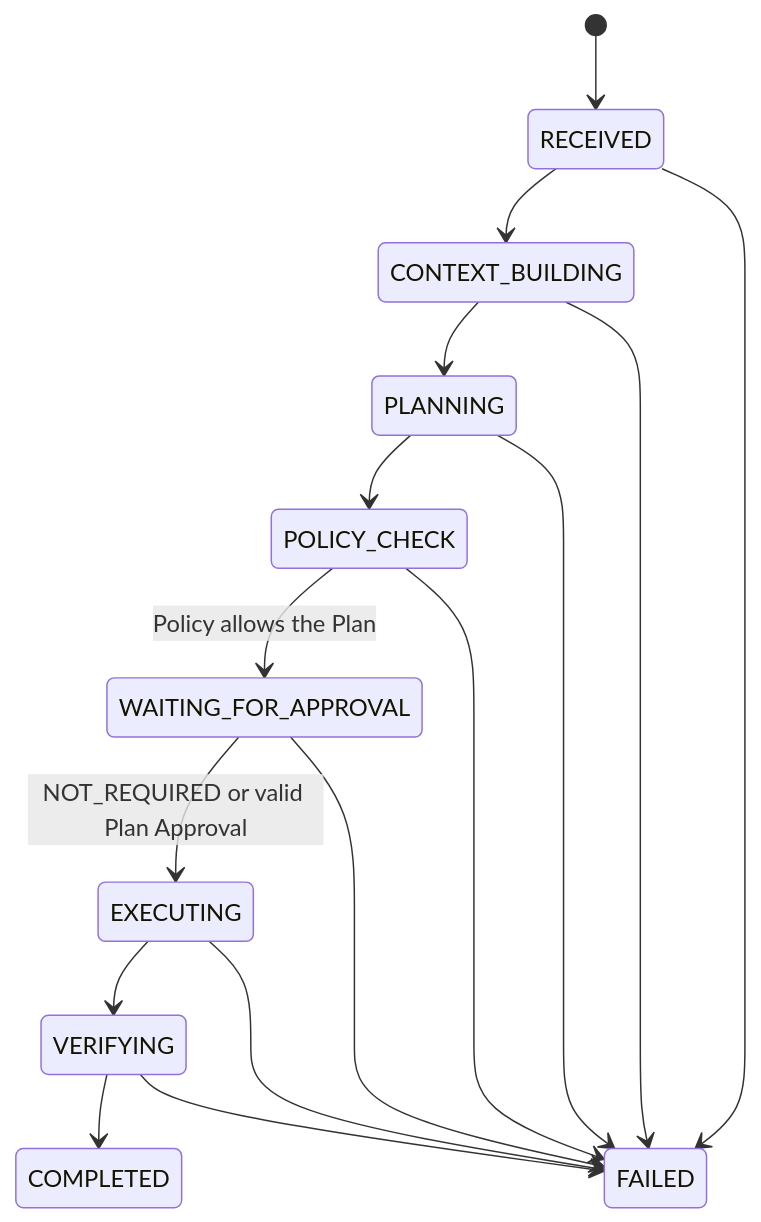
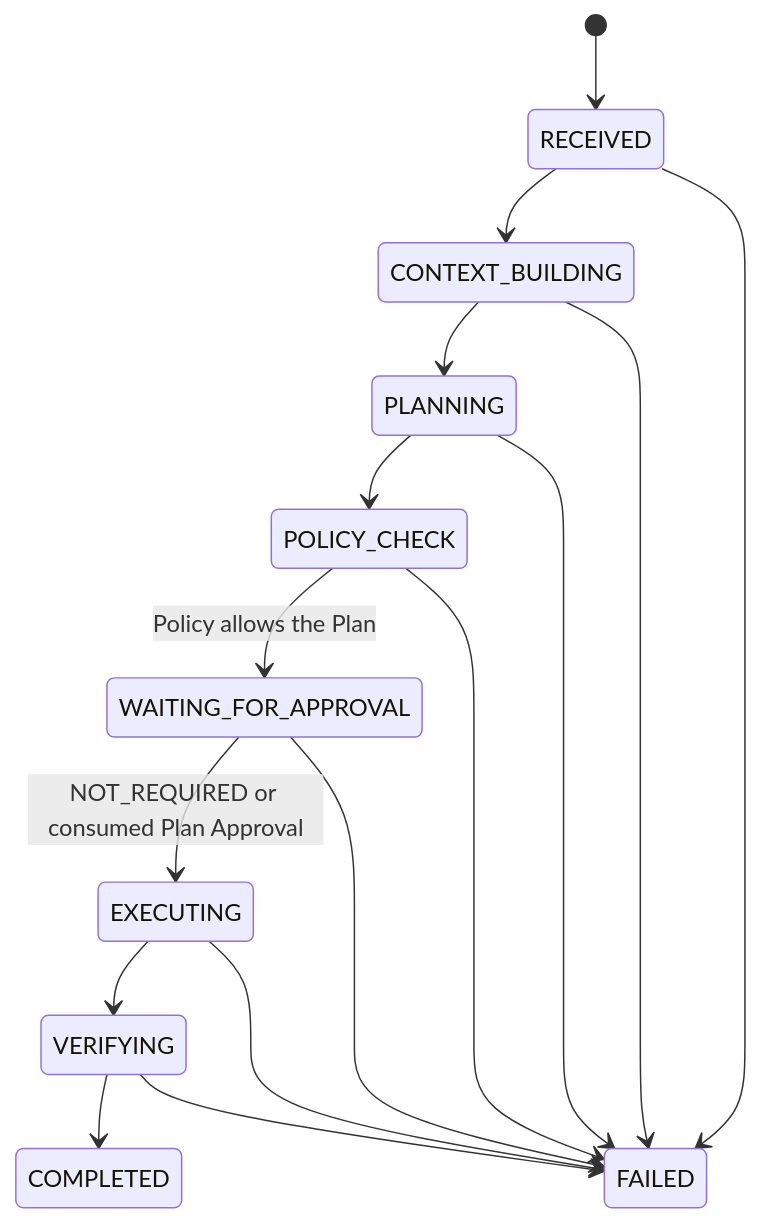
The first of 2 diagrams in docs/STATE_MACHINE.md (Dj-cloud-source/AI-OS), drawn with Mermaid before and after one commit. The commit also changed other lines of this file and 43 other files, not shown here.

````diff
--- a/docs/STATE_MACHINE.md
+++ b/docs/STATE_MACHINE.md
@@ -7,19 +7,19 @@
 ```mermaid
 stateDiagram-v2
     [*] --> RECEIVED
     RECEIVED --> CONTEXT_BUILDING
     CONTEXT_BUILDING --> PLANNING
     PLANNING --> POLICY_CHECK
     POLICY_CHECK --> WAITING_FOR_APPROVAL: Policy allows the Plan
-    WAITING_FOR_APPROVAL --> EXECUTING: NOT_REQUIRED or valid Plan Approval
+    WAITING_FOR_APPROVAL --> EXECUTING: NOT_REQUIRED or consumed Plan Approval
     EXECUTING --> VERIFYING
     VERIFYING --> COMPLETED
 
     RECEIVED --> FAILED
     CONTEXT_BUILDING --> FAILED
     PLANNING --> FAILED
     POLICY_CHECK --> FAILED
     WAITING_FOR_APPROVAL --> FAILED
     EXECUTING --> FAILED
     VERIFYING --> FAILED
 ```
````
